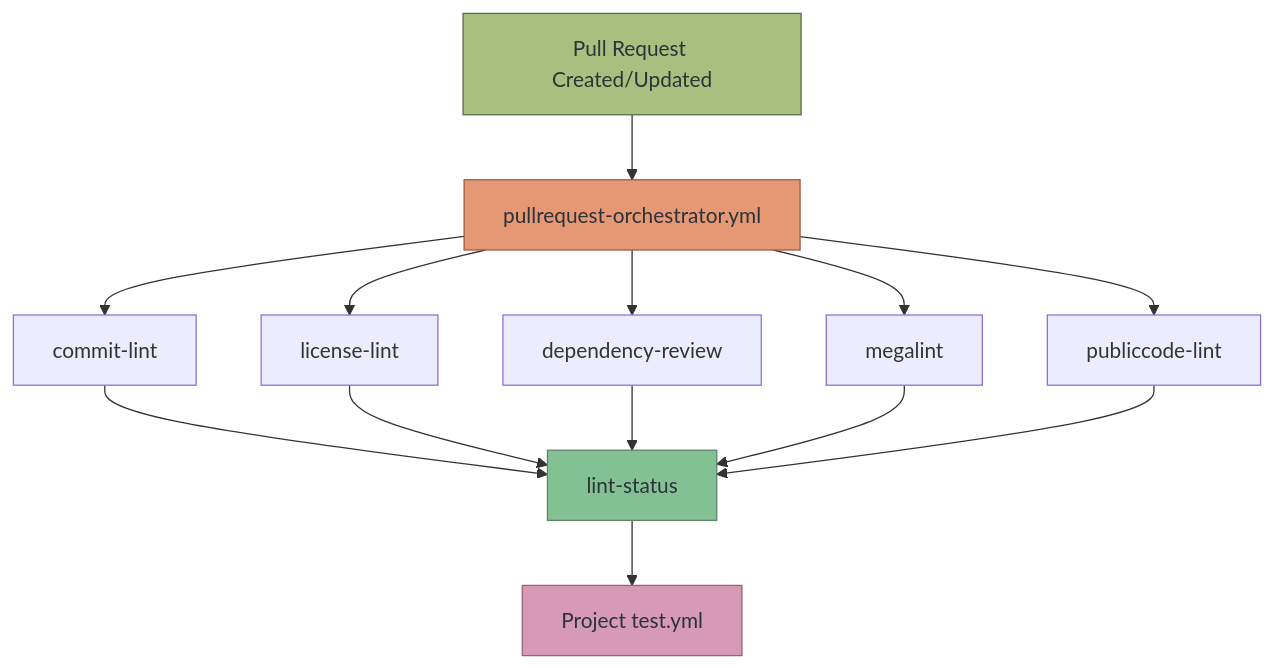
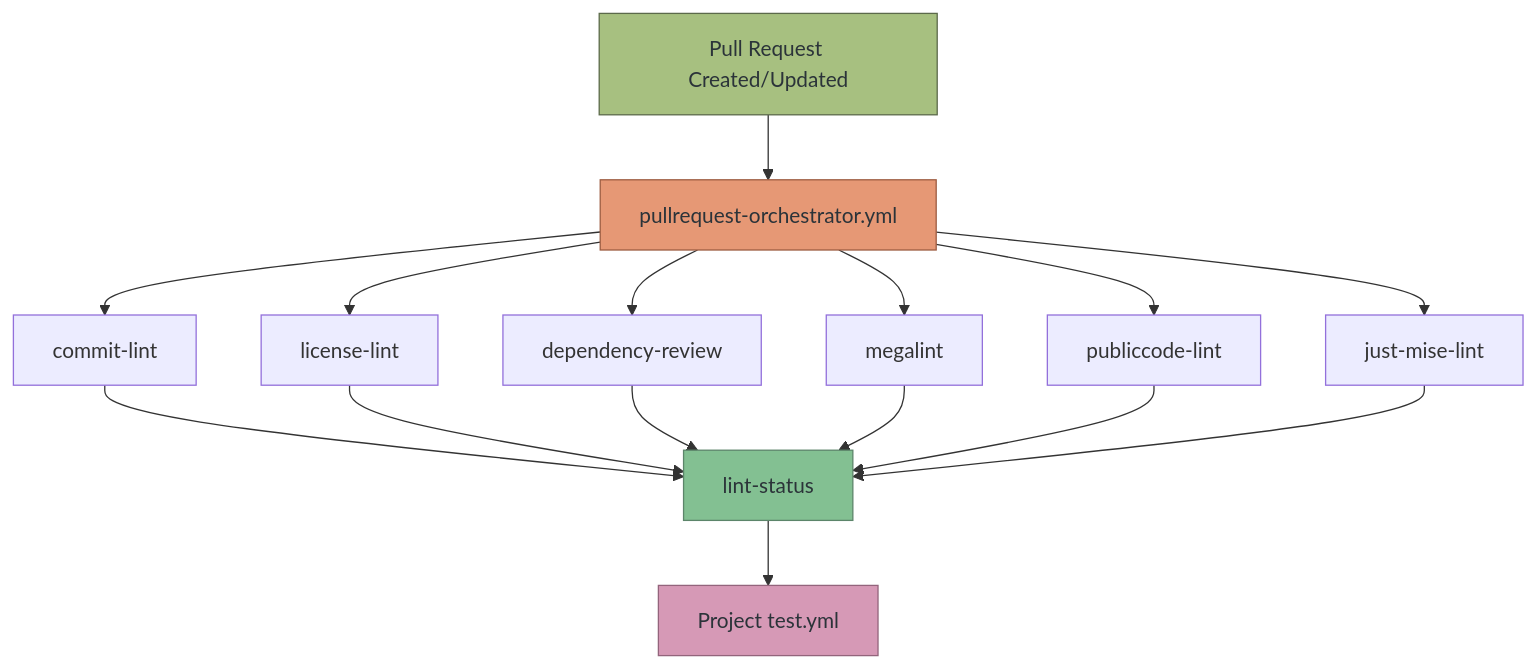
One commit to diggsweden/reusable-ci changed the first of 6 diagrams in docs/workflows.md. Above: the diagram before and after it, drawn with Mermaid. The commit also changed 5 other files, not shown here.

Commit message:
ci: add experimental just-mise lint support

````diff
--- a/docs/workflows.md
+++ b/docs/workflows.md
@@ -11,20 +11,22 @@
 ```mermaid
 graph TD
     A[Pull Request Created/Updated] --> B[pullrequest-orchestrator.yml]
     B --> C[commit-lint]
     B --> D[license-lint]
     B --> E[dependency-review]
     B --> F[megalint]
     B --> G[publiccode-lint]
+    B --> J[just-mise-lint]
     C --> H[lint-status]
     D --> H
     E --> H
     F --> H
     G --> H
+    J --> H
     H --> I[Project test.yml]
 
     style A fill:#a7c080,stroke:#5c6a4a,color:#2b3339
     style B fill:#e69875,stroke:#9d5c41,color:#2b3339
     style H fill:#83c092,stroke:#5c856a,color:#2b3339
     style I fill:#d699b6,stroke:#93647c,color:#2b3339
 ```
````
